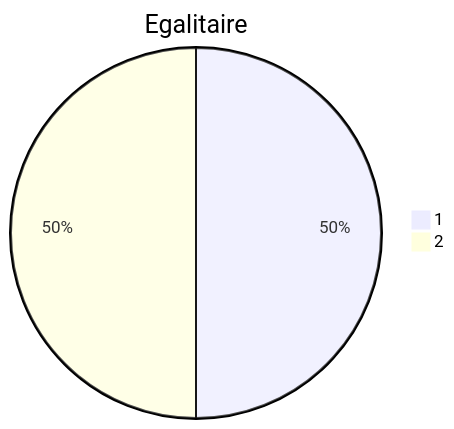
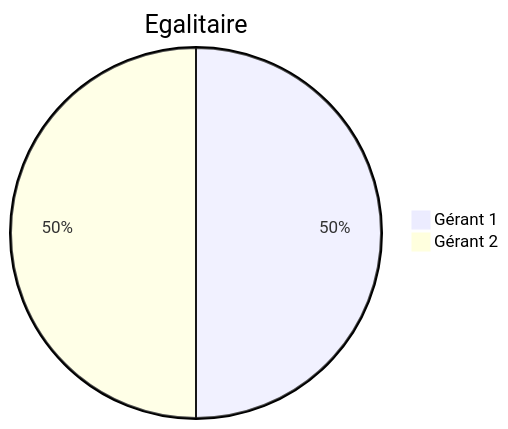
Before and after one commit to DD92-75/GIT-TUTO: the diagram in Introduction.md, drawn with Mermaid. The commit also changed other lines of this file, not shown here.

`````diff
--- a/Introduction.md
+++ b/Introduction.md
@@ -59,5 +59,5 @@
 ````mermaid
 pie title Egalitaire
-    "1" : 50
-    "2" : 50
+    "Gérant 1" : 50
+    "Gérant 2" : 50
 ````
`````
